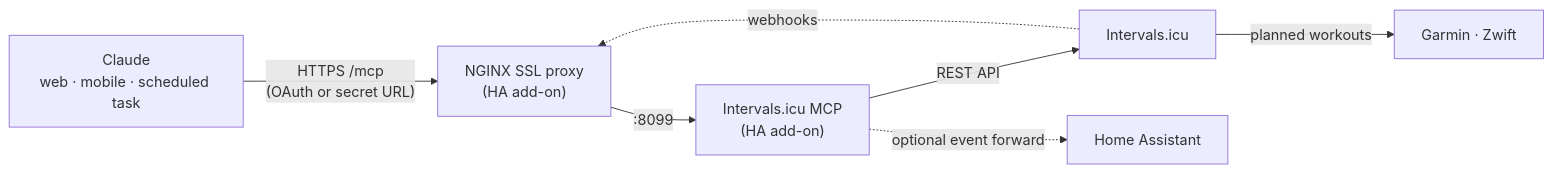
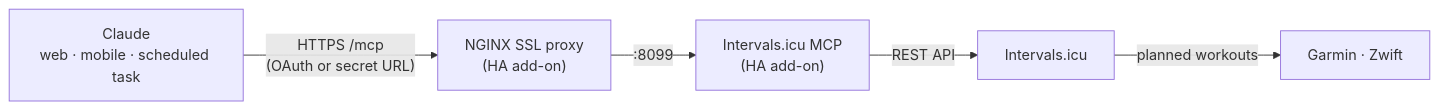
One commit to bjorngadde/intervals-icu-mcp changed the diagram in README.md. Above: the diagram before and after it, drawn with Mermaid. The commit also changed other lines of this file and 22 other files, not shown here.

````diff
--- a/README.md
+++ b/README.md
@@ -27,9 +26,7 @@
 ```mermaid
 flowchart LR
     C["Claude<br/>web · mobile · scheduled task"] -- "HTTPS /mcp<br/>(OAuth or secret URL)" --> N["NGINX SSL proxy<br/>(HA add-on)"]
     N -- ":8099" --> A["Intervals.icu MCP<br/>(HA add-on)"]
     A -- "REST API" --> I["Intervals.icu"]
     I -- "planned workouts" --> D["Garmin · Zwift"]
-    I -. "webhooks" .-> N
-    A -. "optional event forward" .-> H["Home Assistant"]
 ```
````
